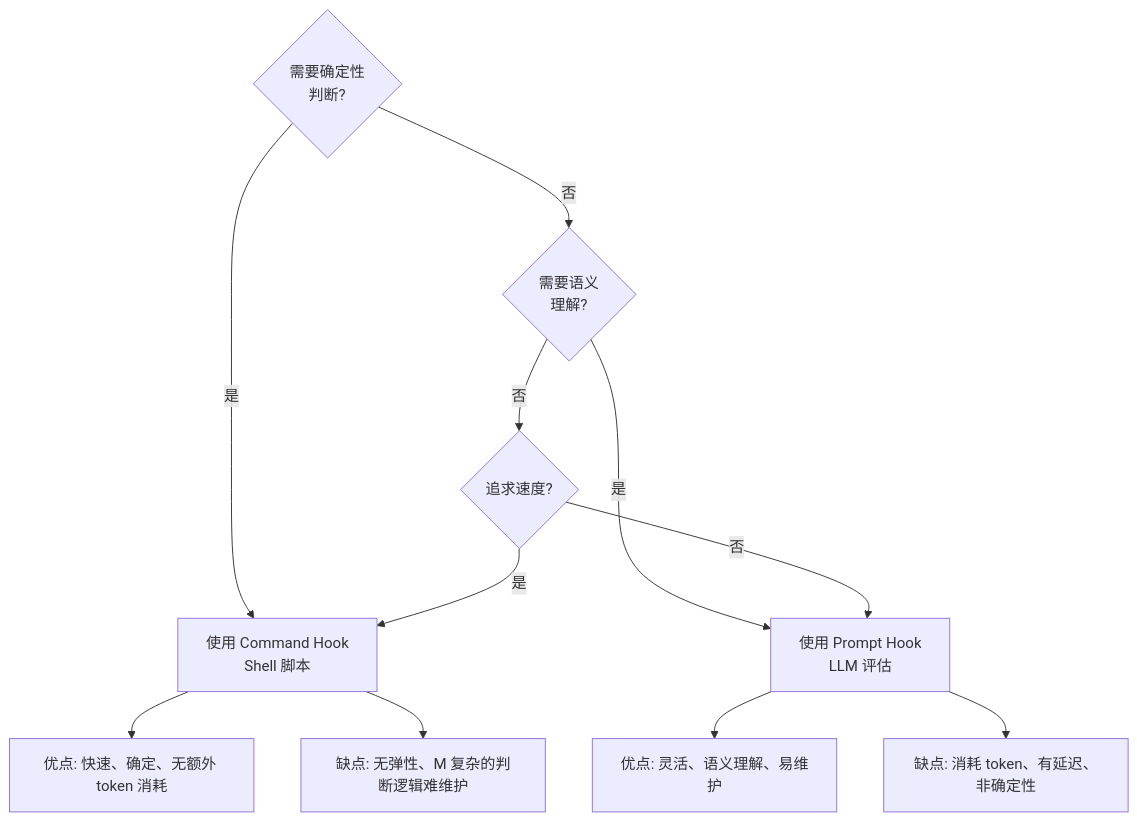
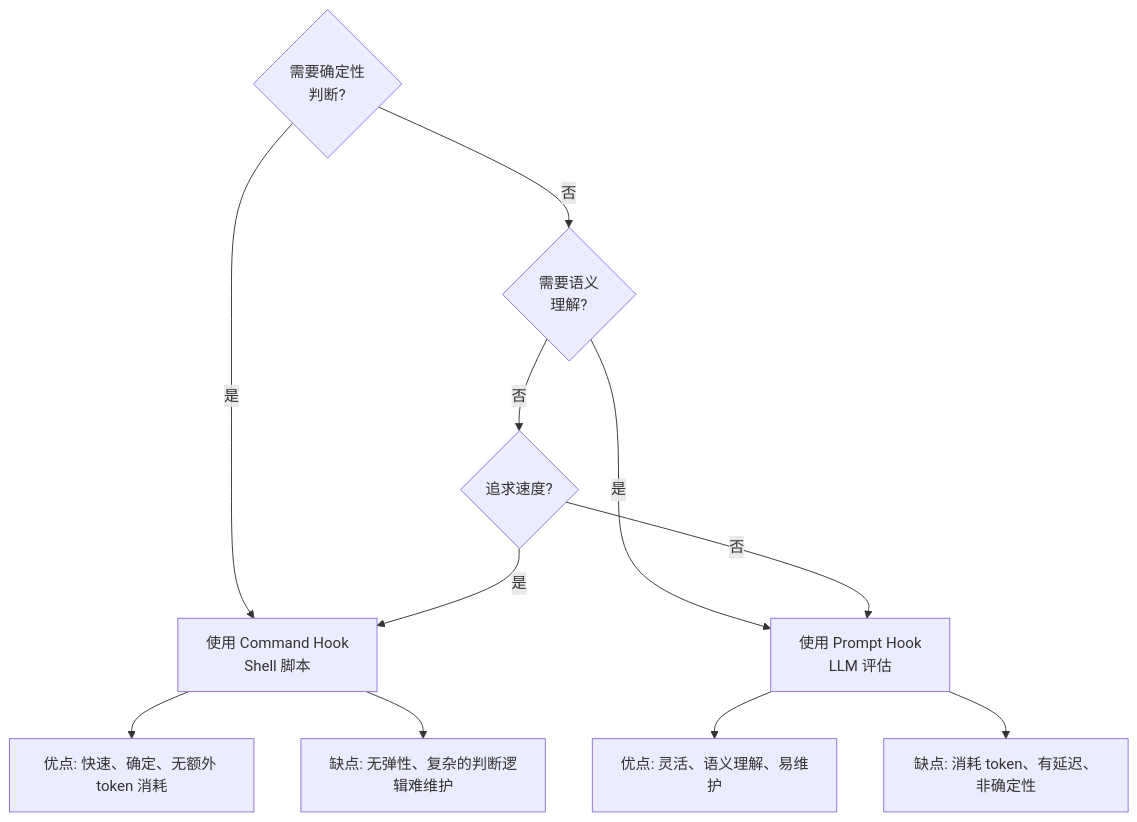
One commit to keyuanweb/ai-learning-path changed the third of 3 diagrams in claude-code-learning-path/04-Hooks钩子系统/02-命令钩子与Prompt钩子.md. Above: the diagram before and after it, drawn with Mermaid. The commit also changed 176 other files, not shown here.

First line of the commit message:
docs: 全仓库文档校对修复——错别字/失效链接/Mermaid图/源码引用

````diff
--- a/claude-code-learning-path/04-Hooks钩子系统/02-命令钩子与Prompt钩子.md
+++ b/claude-code-learning-path/04-Hooks钩子系统/02-命令钩子与Prompt钩子.md
@@ -181,15 +181,15 @@
 ```mermaid
 flowchart TD
     Q1{"需要确定性<br/>判断?"} -->|是| CMD["使用 Command Hook<br/>Shell 脚本"]
     Q1 -->|否| Q2{"需要语义<br/>理解?"}
     Q2 -->|是| PROMPT["使用 Prompt Hook<br/>LLM 评估"]
     Q2 -->|否| Q3{"追求速度?"}
     Q3 -->|是| CMD
     Q3 -->|否| PROMPT
 
     CMD --> C1["优点: 快速、确定、无额外 token 消耗"]
-    CMD --> C2["缺点: 无弹性、M 复杂的判断逻辑难维护"]
+    CMD --> C2["缺点: 无弹性、复杂的判断逻辑难维护"]
 
     PROMPT --> P1["优点: 灵活、语义理解、易维护"]
     PROMPT --> P2["缺点: 消耗 token、有延迟、非确定性"]
 ```
````
